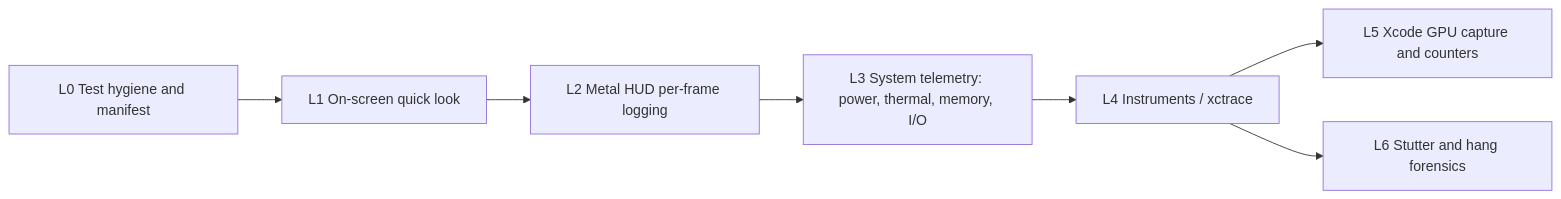
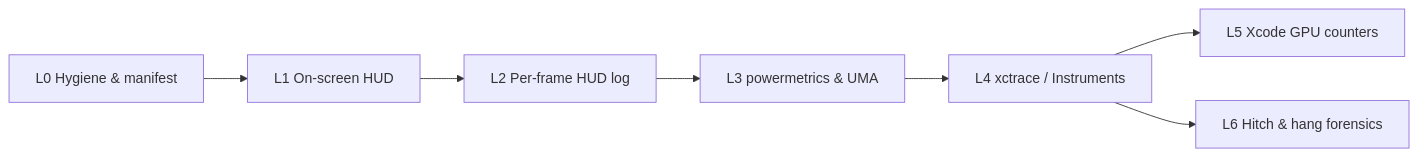
Before and after one commit to jhg45-ua/DCS-World-AppleSilicon: the diagram in AGENTS.md, drawn with Mermaid. The commit also changed other lines of this file, not shown here.

````diff
--- a/AGENTS.md
+++ b/AGENTS.md
@@ -65,9 +90,9 @@
 ```mermaid
 flowchart LR
-    L0["L0 Test hygiene and manifest"] --> L1["L1 On-screen quick look"]
-    L1 --> L2["L2 Metal HUD per-frame logging"]
-    L2 --> L3["L3 System telemetry: power, thermal, memory, I/O"]
-    L3 --> L4["L4 Instruments / xctrace"]
-    L4 --> L5["L5 Xcode GPU capture and counters"]
-    L4 --> L6["L6 Stutter and hang forensics"]
+    L0["L0 Hygiene & manifest"] --> L1["L1 On-screen HUD"]
+    L1 --> L2["L2 Per-frame HUD log"]
+    L2 --> L3["L3 powermetrics & UMA"]
+    L3 --> L4["L4 xctrace / Instruments"]
+    L4 --> L5["L5 Xcode GPU counters"]
+    L4 --> L6["L6 Hitch & hang forensics"]
 ```
````
